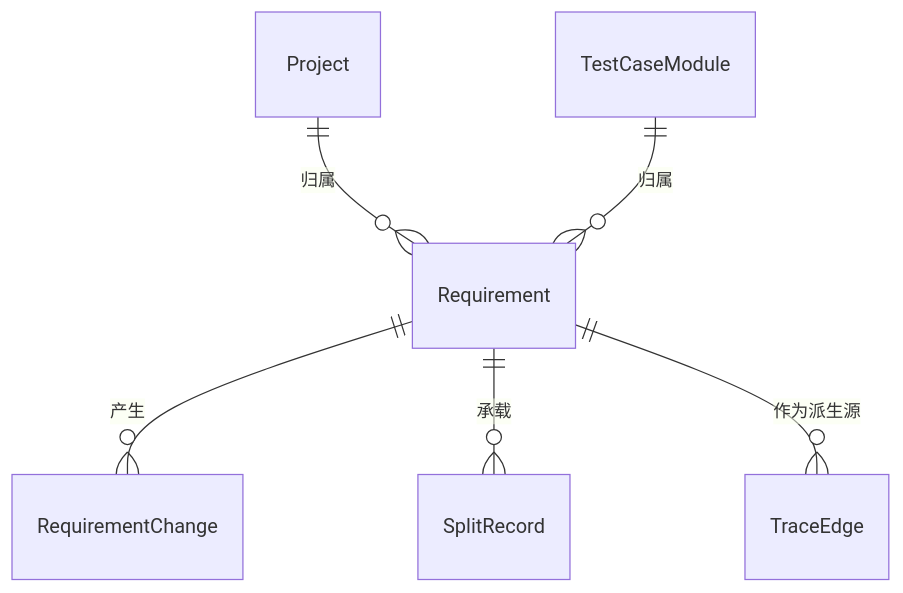
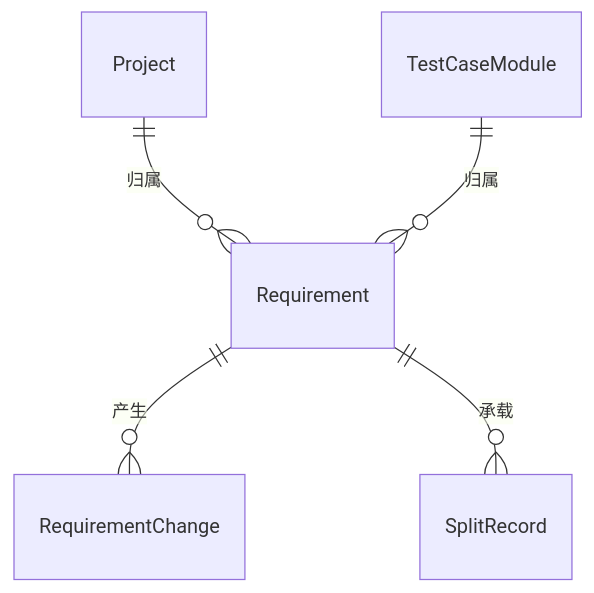
The diagram in docs/02-high-level-design/06-requirement-management/02-hld-requirement-management.md (XiaoMiSum/robotest), drawn with Mermaid before and after one commit. The commit also changed other lines of this file and 35 other files, not shown here.

````diff
--- a/docs/02-high-level-design/06-requirement-management/02-hld-requirement-management.md
+++ b/docs/02-high-level-design/06-requirement-management/02-hld-requirement-management.md
@@ -93,8 +86,7 @@
 ```mermaid
 erDiagram
     Project ||--o{ Requirement : 归属
     TestCaseModule ||--o{ Requirement : 归属
     Requirement ||--o{ RequirementChange : 产生
     Requirement ||--o{ SplitRecord : 承载
-    Requirement ||--o{ TraceEdge : 作为派生源
 ```
````
